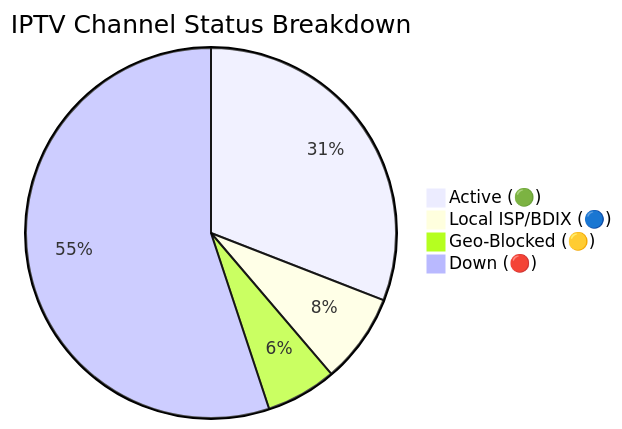
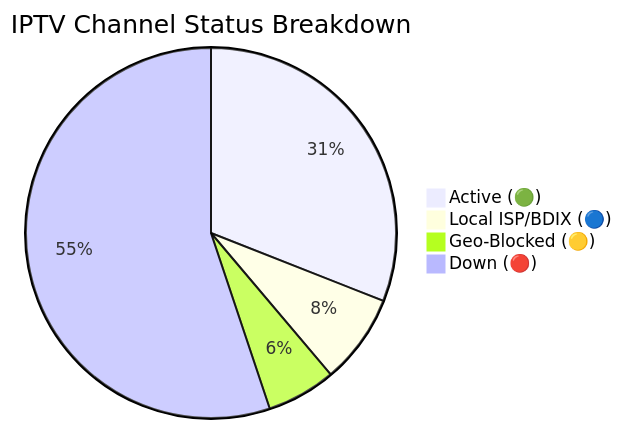
The diagram in README.md (Zaman-Topu/Ip-tv-Collection), drawn with Mermaid before and after one commit. The commit also changed other lines of this file and 6 other files, not shown here.

````diff
--- a/README.md
+++ b/README.md
@@ -95,7 +95,7 @@
 ```mermaid
 pie title IPTV Channel Status Breakdown
-    "Active (🟢)" : 10465
-    "Local ISP/BDIX (🔵)" : 2657
-    "Geo-Blocked (🟡)" : 2088
-    "Down (🔴)" : 18649
+    "Active (🟢)" : 10488
+    "Local ISP/BDIX (🔵)" : 2659
+    "Geo-Blocked (🟡)" : 2045
+    "Down (🔴)" : 18671
 ```
````
